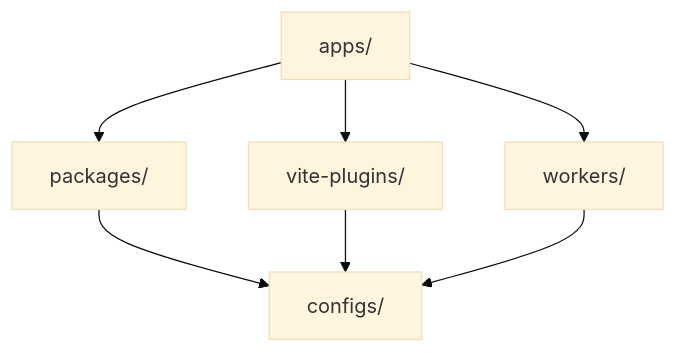
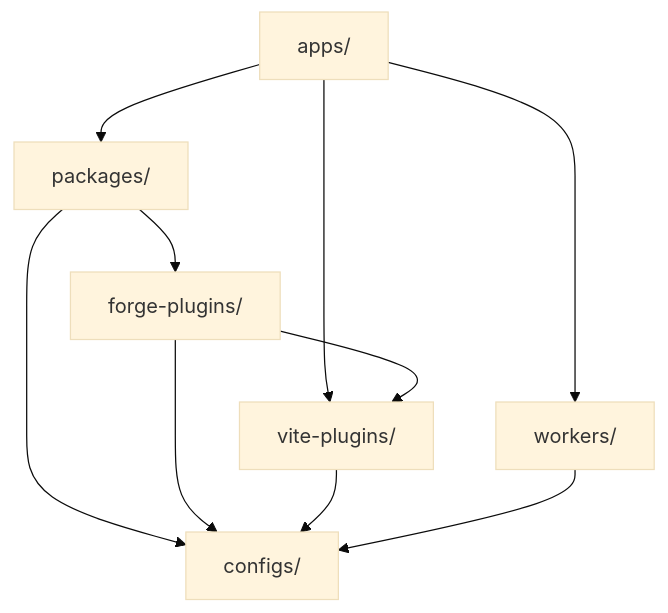
The diagram in docs/architecture.md (Mission-Platform/composable-mission-ready-platform), drawn with Mermaid (base theme) before and after one commit. The commit also changed other lines of this file and 1989 other files, not shown here.

````diff
--- a/docs/architecture.md
+++ b/docs/architecture.md
@@ -17,9 +17,12 @@
 ```mermaid
 graph TD
     Apps[apps/] --> Packages[packages/]
     Apps --> Plugins[vite-plugins/]
     Apps --> Workers[workers/]
+    Packages --> ForgePlugins[forge-plugins/]
     Packages --> Configs[configs/]
+    ForgePlugins --> Plugins
+    ForgePlugins --> Configs
     Plugins --> Configs
     Workers --> Configs
 ```
````
